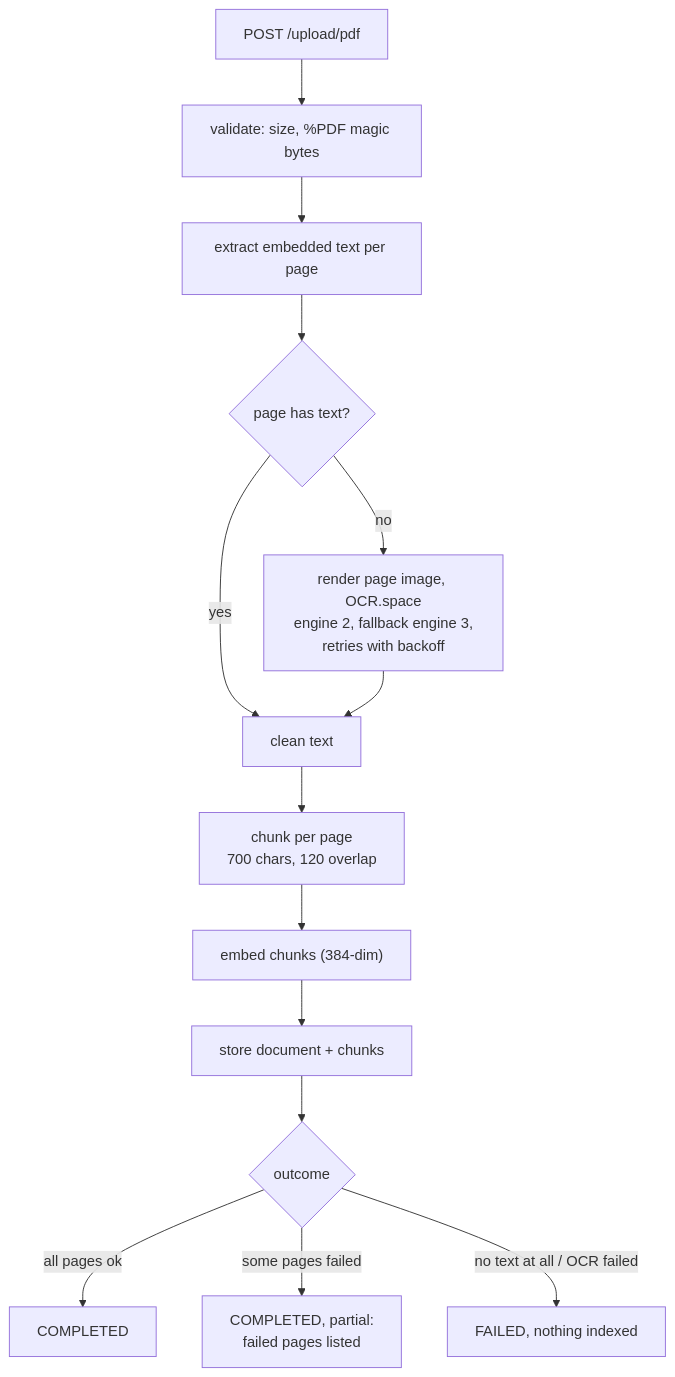
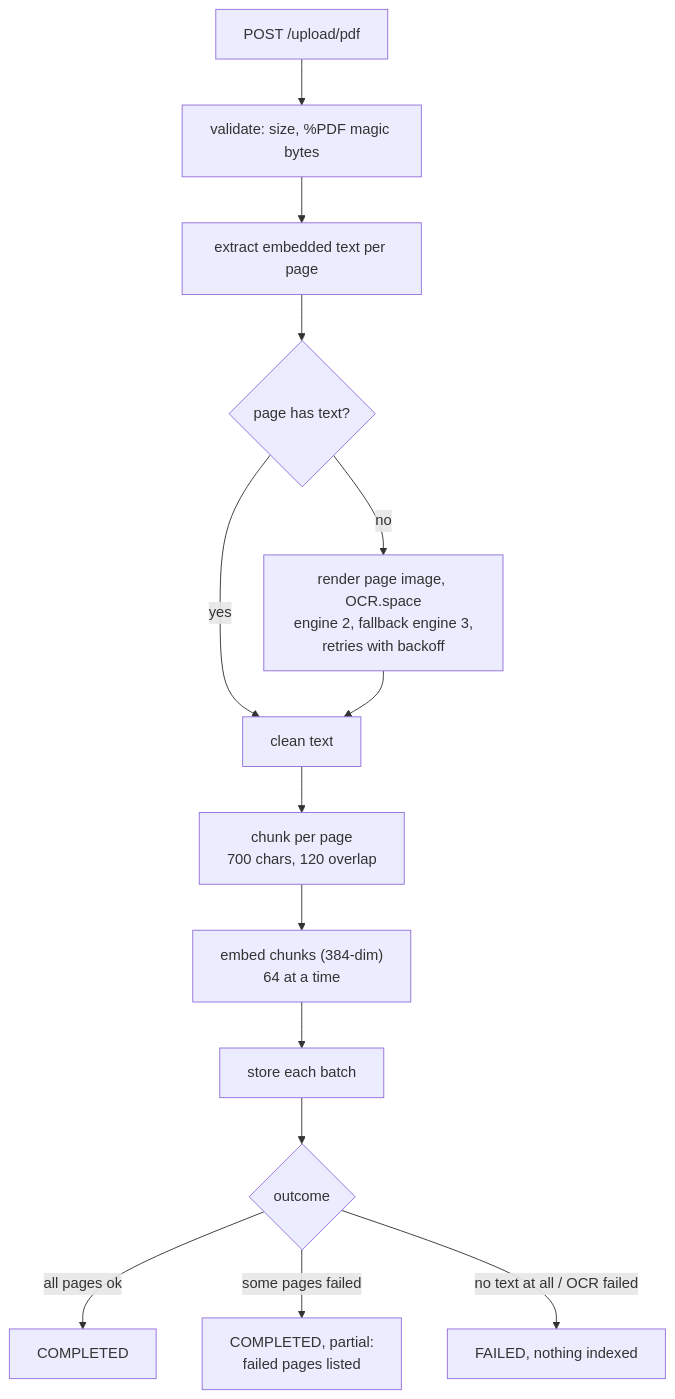
Before and after one commit to SONURAY0900/cortexa-ai: the fourth of 4 diagrams in README.md, drawn with Mermaid. The commit also changed other lines of this file and 13 other files, not shown here.

````diff
--- a/README.md
+++ b/README.md
@@ -223,16 +223,16 @@
 ```mermaid
 flowchart TD
     U["POST /upload/pdf"] --> V["validate: size, %PDF magic bytes"]
     V --> X["extract embedded text per page"]
     X --> Q{"page has text?"}
     Q -->|"yes"| C["clean text"]
     Q -->|"no"| O["render page image, OCR.space<br/>engine 2, fallback engine 3,<br/>retries with backoff"]
     O --> C
     C --> K["chunk per page<br/>700 chars, 120 overlap"]
-    K --> EM["embed chunks (384-dim)"]
-    EM --> ST["store document + chunks"]
+    K --> EM["embed chunks (384-dim)<br/>64 at a time"]
+    EM --> ST["store each batch"]
     ST --> R{"outcome"}
     R -->|"all pages ok"| OK["COMPLETED"]
     R -->|"some pages failed"| P["COMPLETED, partial:<br/>failed pages listed"]
     R -->|"no text at all / OCR failed"| F["FAILED, nothing indexed"]
 ```
````
